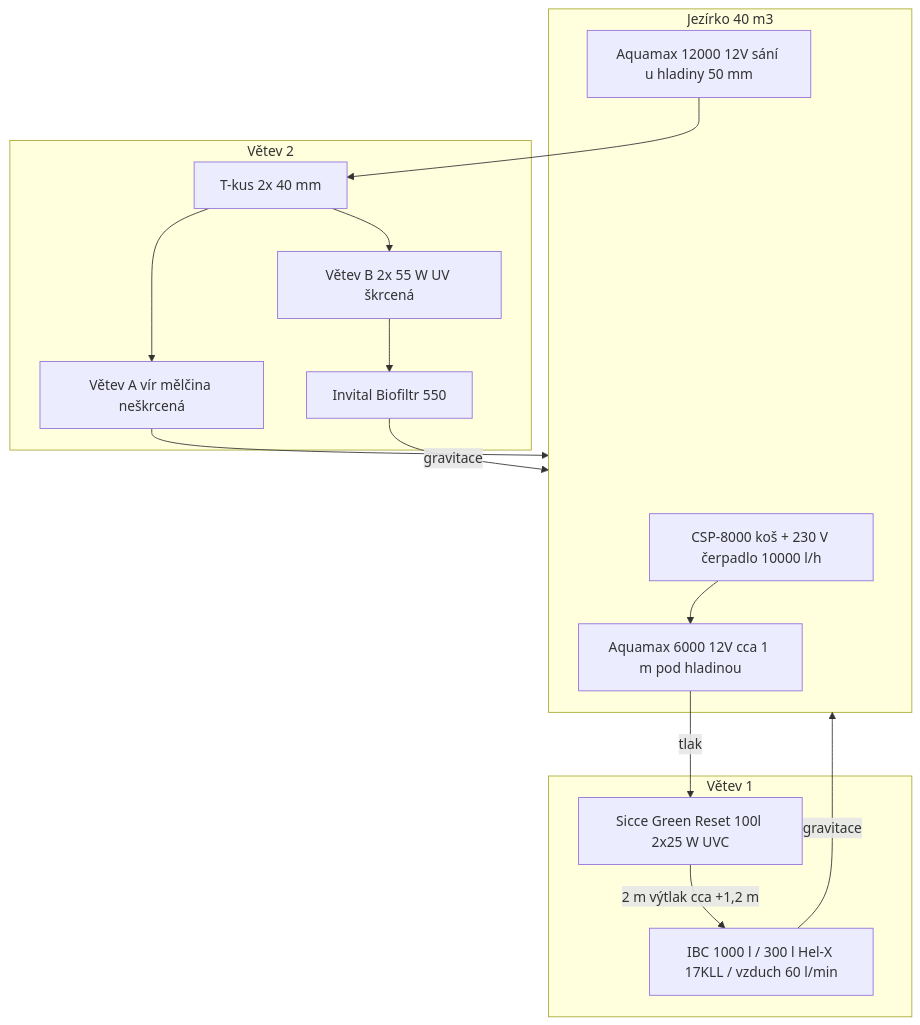
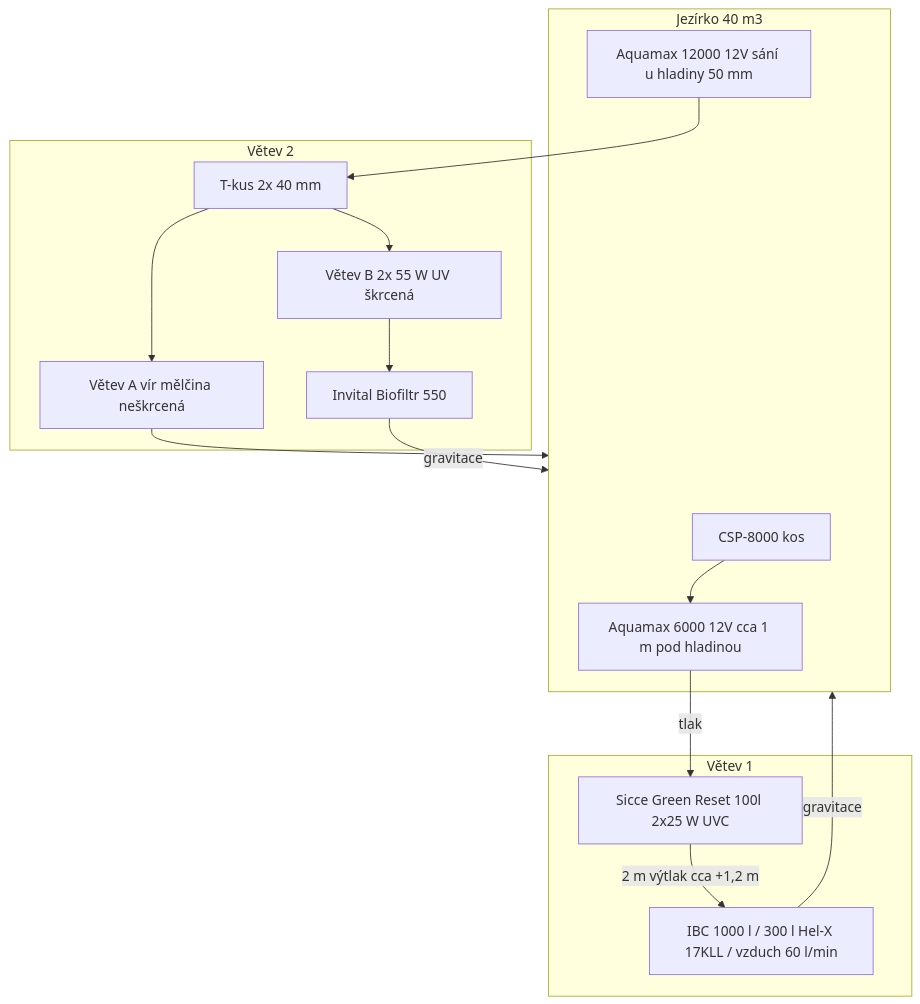
One commit to fedurca/koi_koupaci_jezirko changed the second of 4 diagrams in all_in_one.md. Above: the diagram before and after it, drawn with Mermaid. The commit also changed other lines of this file and 5 other files, not shown here.

````diff
--- a/all_in_one.md
+++ b/all_in_one.md
@@ -311,32 +312,32 @@
 ```mermaid
 flowchart TB
   subgraph pond [Jezírko 40 m3]
-    skim[CSP-8000 koš + 230 V čerpadlo 10000 l/h]
+    skim[CSP-8000 kos]
     p1[Aquamax 6000 12V cca 1 m pod hladinou]
     p2[Aquamax 12000 12V sání u hladiny 50 mm]
   end
 
   subgraph v1 [Větev 1]
     gr[Sicce Green Reset 100l 2x25 W UVC]
     ibc[IBC 1000 l / 300 l Hel-X 17KLL / vzduch 60 l/min]
   end
 
   subgraph v2 [Větev 2]
     t[T-kus 2x 40 mm]
     wp[Větev A vír mělčina neškrcená]
     uv[Větev B 2x 55 W UV škrcená]
     bio[Invital Biofiltr 550]
   end
 
   skim --> p1
   p1 -->|tlak| gr
   gr -->|2 m výtlak cca +1,2 m| ibc
   ibc -->|gravitace| pond
 
   p2 --> t
   t --> wp
   wp --> pond
   t --> uv
   uv --> bio
   bio -->|gravitace| pond
 ```
````
